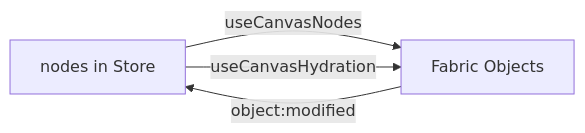
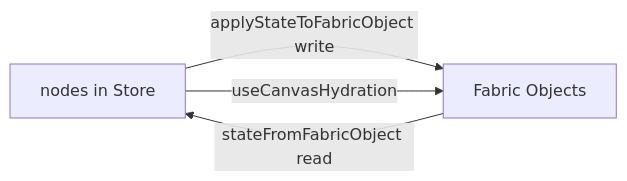
One commit to ToKyun02/canvas changed the diagram in apps/docs/architecture/state-management.md. Above: the diagram before and after it, drawn with Mermaid. The commit also changed other lines of this file and 25 other files, not shown here.

````diff
--- a/apps/docs/architecture/state-management.md
+++ b/apps/docs/architecture/state-management.md
@@ -121,6 +125,6 @@
 ```mermaid
 flowchart LR
-  Store[nodes in Store] -->|useCanvasNodes| Fabric[Fabric Objects]
-  Fabric -->|object:modified| Store
+  Store[nodes in Store] -->|applyStateToFabricObject write| Fabric[Fabric Objects]
+  Fabric -->|stateFromFabricObject read| Store
   Store -->|useCanvasHydration| Fabric
 ```
````
